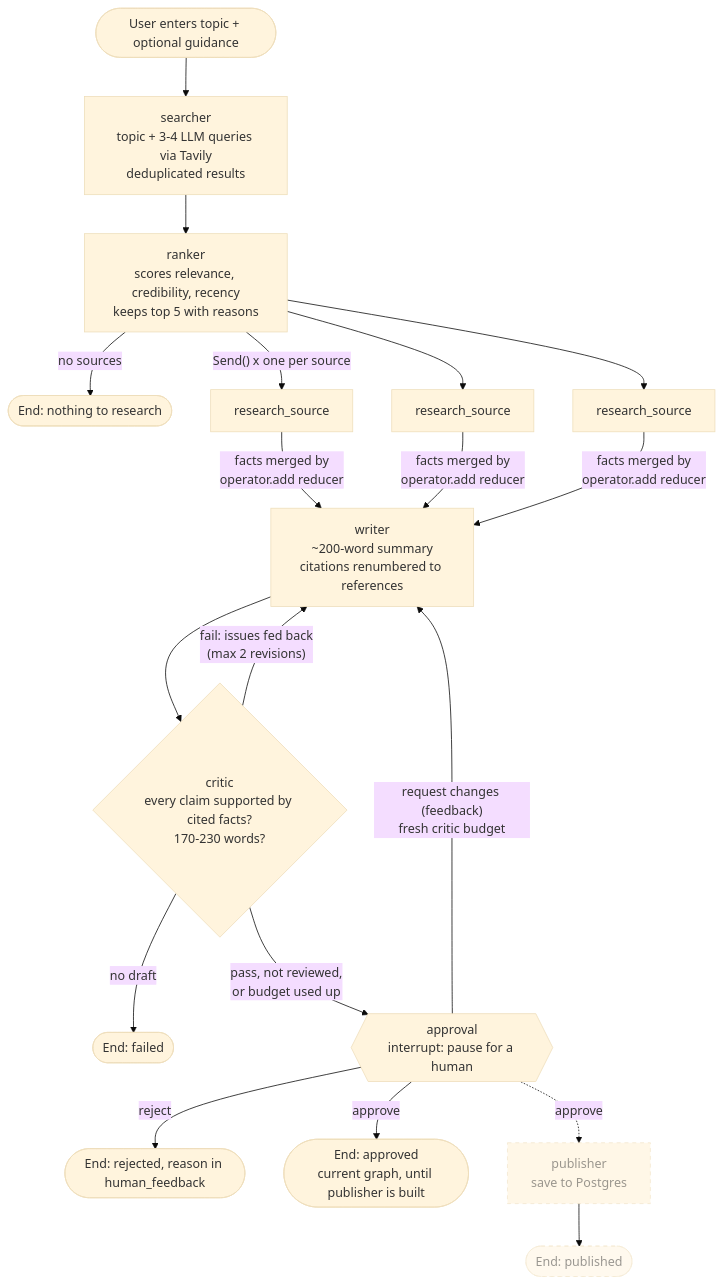
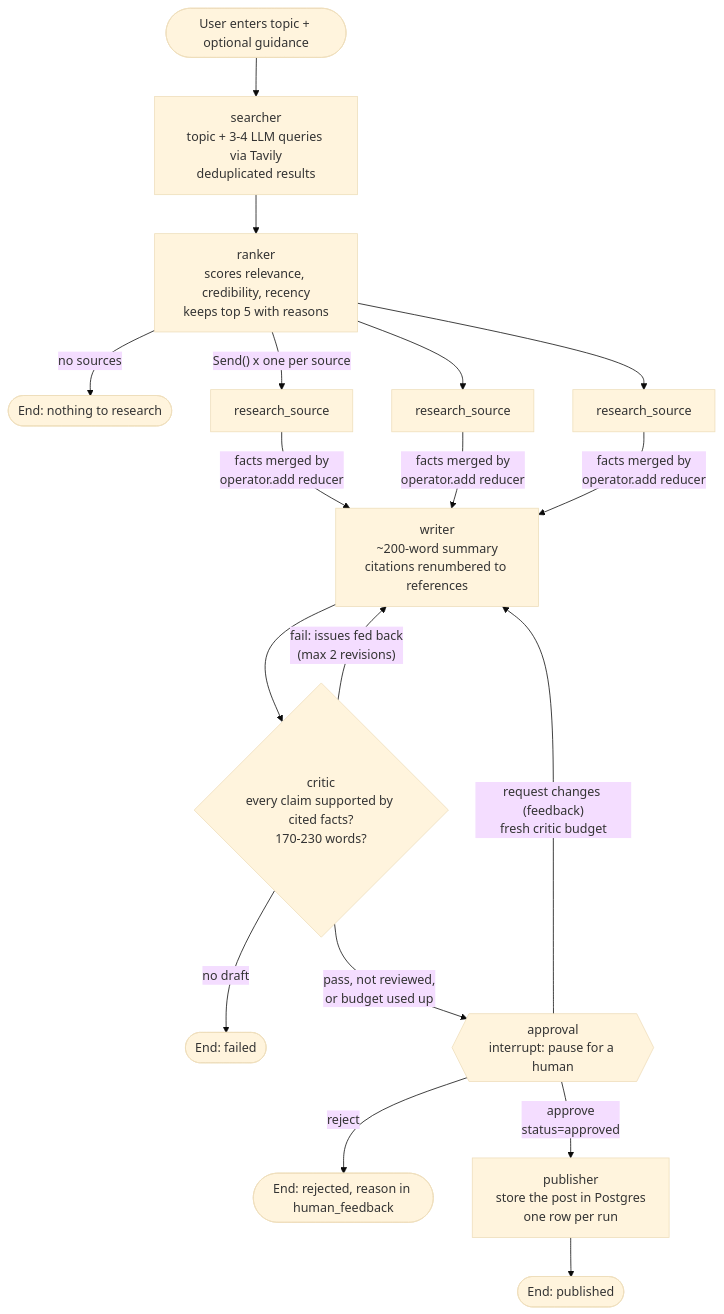
Before and after one commit to p-sharma/langgraph-content-pipeline: the diagram in README.md, drawn with Mermaid (base theme). The commit also changed other lines of this file and 19 other files, not shown here.

````diff
--- a/README.md
+++ b/README.md
@@ -19,22 +17,18 @@
 ```mermaid
 flowchart TD
     START([User enters topic + optional guidance]) --> SEARCH[searcher<br/>topic + 3-4 LLM queries via Tavily<br/>deduplicated results]
     SEARCH --> RANK[ranker<br/>scores relevance, credibility, recency<br/>keeps top 5 with reasons]
     RANK -- "no sources" --> NOSRC([End: nothing to research])
     RANK -- "Send() x one per source" --> R1[research_source]
     RANK --> R2[research_source]
     RANK --> R3[research_source]
     R1 & R2 & R3 -- "facts merged by<br/>operator.add reducer" --> WRITE[writer<br/>~200-word summary<br/>citations renumbered to references]
     WRITE --> CRITIC{critic<br/>every claim supported by cited facts?<br/>170-230 words?}
     CRITIC -- "fail: issues fed back<br/>(max 2 revisions)" --> WRITE
     CRITIC -- "no draft" --> FAILED([End: failed])
     CRITIC -- "pass, not reviewed,<br/>or budget used up" --> APPROVAL{{approval<br/>interrupt: pause for a human}}
     APPROVAL -- "request changes (feedback)<br/>fresh critic budget" --> WRITE
     APPROVAL -- reject --> REJECTED([End: rejected, reason in human_feedback])
-    APPROVAL -- "approve" --> APPROVED([End: approved<br/>current graph, until publisher is built])
-    APPROVAL -. approve .-> PUBLISH[publisher<br/>save to Postgres]
+    APPROVAL -- "approve<br/>status=approved" --> PUBLISH[publisher<br/>store the post in Postgres<br/>one row per run]
     PUBLISH --> DONE([End: published])
-
-    classDef planned stroke-dasharray: 5 5,opacity:0.7
-    class PUBLISH,DONE planned
 ```
````
